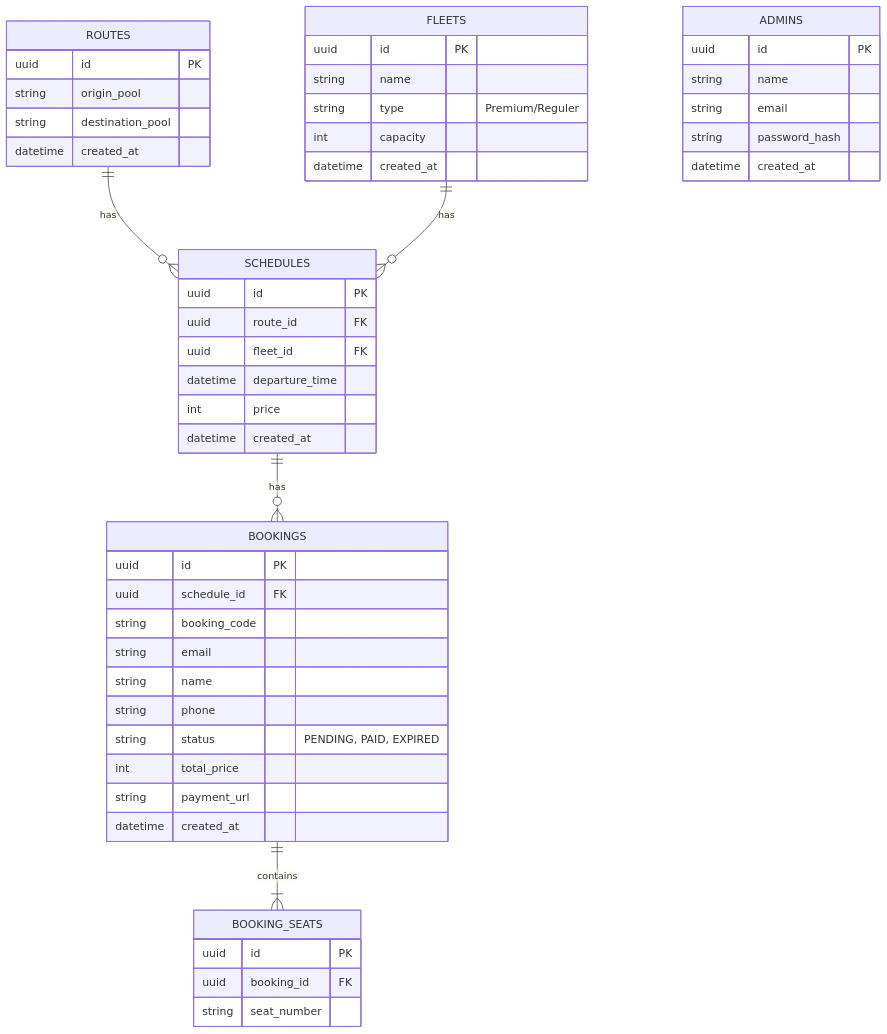
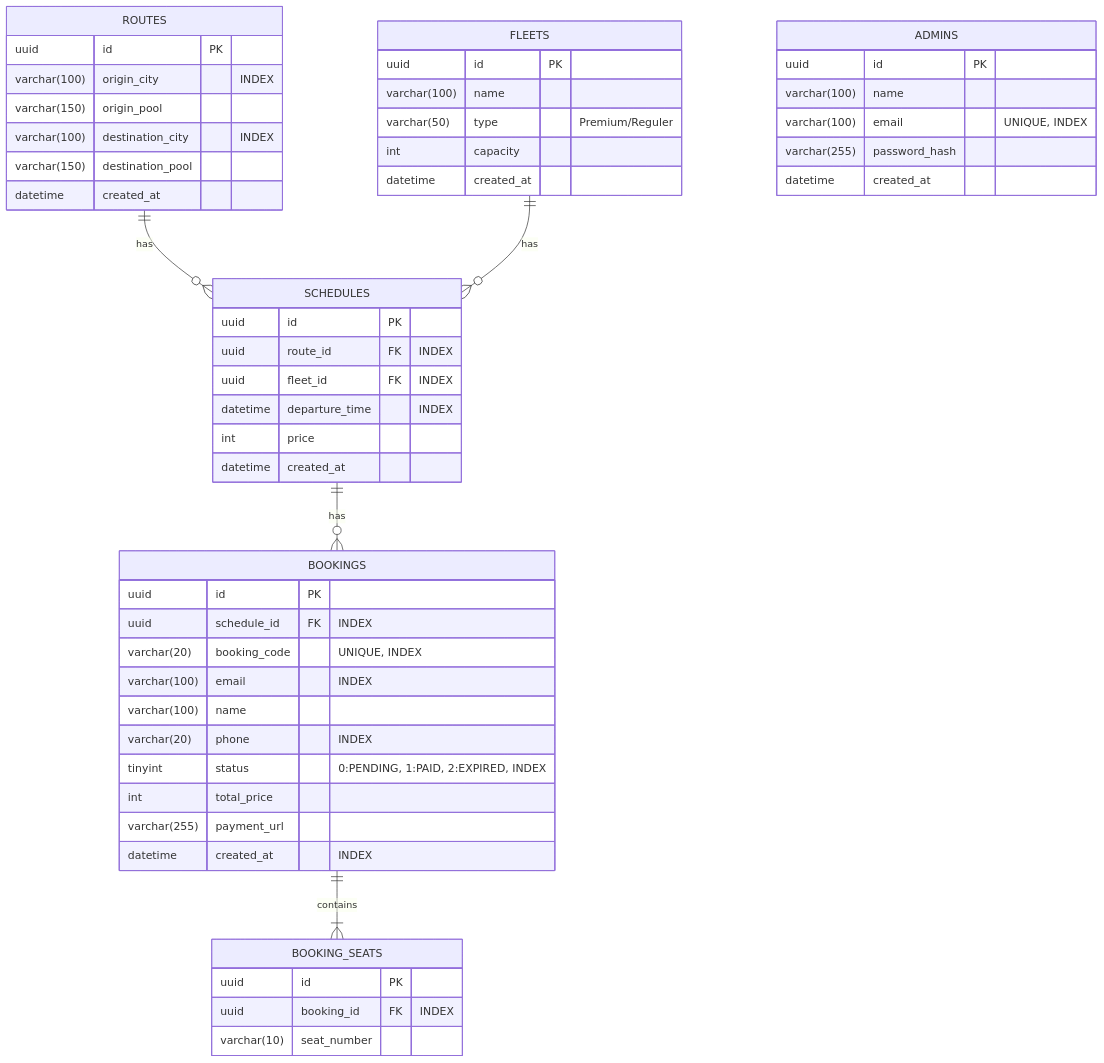
One commit to marifyahya/mesenshuttle changed the second of 3 diagrams in .plans/backend_plan.md. Above: the diagram before and after it, drawn with Mermaid. The commit also changed other lines of this file, not shown here.

Commit message:
docs(plan): refine backend data types, add Asynq, and set expiry strategy

````diff
--- a/.plans/backend_plan.md
+++ b/.plans/backend_plan.md
@@ -27,53 +29,55 @@
 ```mermaid
 erDiagram
     ROUTES ||--o{ SCHEDULES : "has"
     FLEETS ||--o{ SCHEDULES : "has"
     SCHEDULES ||--o{ BOOKINGS : "has"
     BOOKINGS ||--|{ BOOKING_SEATS : "contains"
 
     ADMINS {
         uuid id PK
-        string name
-        string email
-        string password_hash
+        varchar(100) name
+        varchar(100) email "UNIQUE, INDEX"
+        varchar(255) password_hash
         datetime created_at
     }
     ROUTES {
         uuid id PK
-        string origin_pool
-        string destination_pool
+        varchar(100) origin_city "INDEX"
+        varchar(150) origin_pool
+        varchar(100) destination_city "INDEX"
+        varchar(150) destination_pool
         datetime created_at
     }
     FLEETS {
         uuid id PK
-        string name
-        string type "Premium/Reguler"
+        varchar(100) name
+        varchar(50) type "Premium/Reguler"
         int capacity
         datetime created_at
     }
     SCHEDULES {
         uuid id PK
-        uuid route_id FK
-        uuid fleet_id FK
-        datetime departure_time
+        uuid route_id FK "INDEX"
+        uuid fleet_id FK "INDEX"
+        datetime departure_time "INDEX"
         int price
         datetime created_at
     }
     BOOKINGS {
         uuid id PK
-        uuid schedule_id FK
-        string booking_code
-        string email
-        string name
-        string phone
-        string status "PENDING, PAID, EXPIRED"
+        uuid schedule_id FK "INDEX"
+        varchar(20) booking_code "UNIQUE, INDEX"
+        varchar(100) email "INDEX"
+        varchar(100) name
+        varchar(20) phone "INDEX"
+        tinyint status "0:PENDING, 1:PAID, 2:EXPIRED, INDEX"
         int total_price
-        string payment_url
-        datetime created_at
+        varchar(255) payment_url
+        datetime created_at "INDEX"
     }
     BOOKING_SEATS {
         uuid id PK
-        uuid booking_id FK
-        string seat_number
+        uuid booking_id FK "INDEX"
+        varchar(10) seat_number
     }
 ```
````
